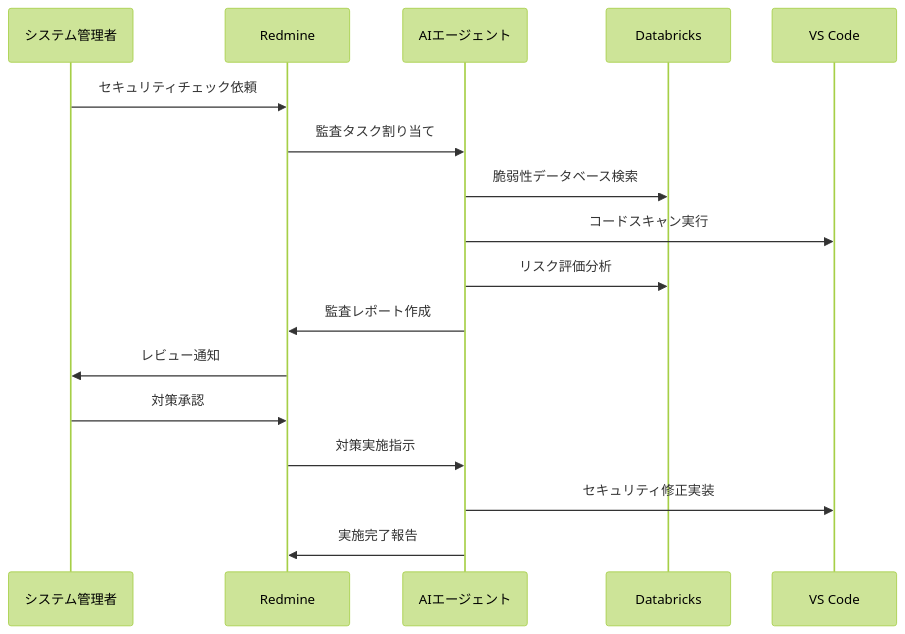
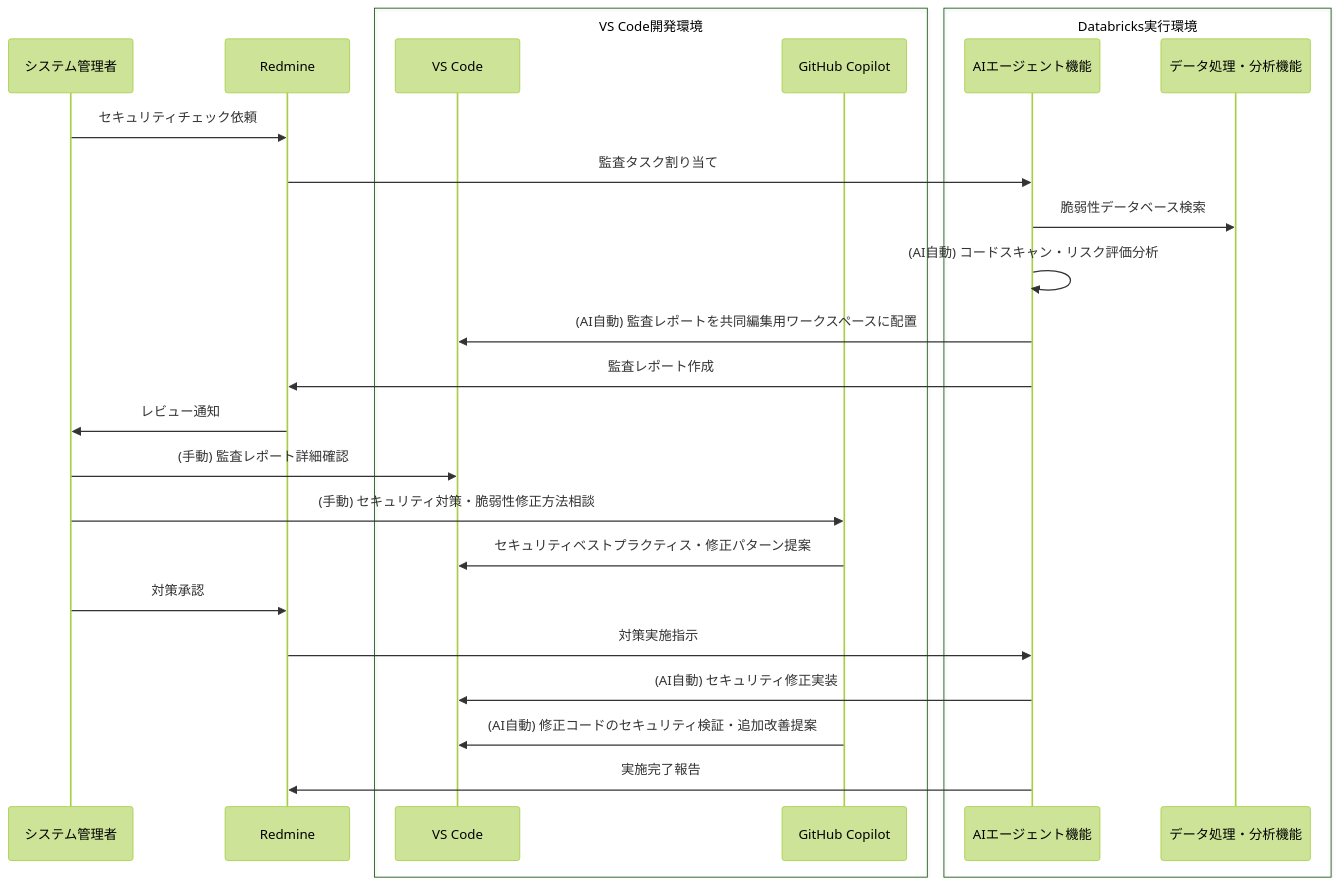
Diagram 14 of 34 in docs/02000_要件定義/02100_要件定義書.md (daichiTAAA/AgentOpsPlatform), drawn with Mermaid (forest theme) before and after one commit. The commit also changed other lines of this file, not shown here.

````diff
--- a/docs/02000_要件定義/02100_要件定義書.md
+++ b/docs/02000_要件定義/02100_要件定義書.md
@@ -336,20 +557,31 @@
 ```mermaid
 sequenceDiagram
     participant S as システム管理者
     participant R as Redmine
-    participant A as AIエージェント
-    participant D as Databricks
-    participant V as VS Code
+    
+    box VS Code開発環境
+        participant V as VS Code
+        participant C as GitHub Copilot
+    end
+    
+    box Databricks実行環境
+        participant A as AIエージェント機能
+        participant D as データ処理・分析機能
+    end
     
     S->>R: セキュリティチェック依頼
     R->>A: 監査タスク割り当て
     A->>D: 脆弱性データベース検索
-    A->>V: コードスキャン実行
-    A->>D: リスク評価分析
+    A->>A: (AI自動) コードスキャン・リスク評価分析
+    A->>V: (AI自動) 監査レポートを共同編集用ワークスペースに配置
     A->>R: 監査レポート作成
     R->>S: レビュー通知
+    S->>V: (手動) 監査レポート詳細確認
+    S->>C: (手動) セキュリティ対策・脆弱性修正方法相談
+    C->>V: セキュリティベストプラクティス・修正パターン提案
     S->>R: 対策承認
     R->>A: 対策実施指示
-    A->>V: セキュリティ修正実装
+    A->>V: (AI自動) セキュリティ修正実装
+    C->>V: (AI自動) 修正コードのセキュリティ検証・追加改善提案
     A->>R: 実施完了報告
 ```
````
